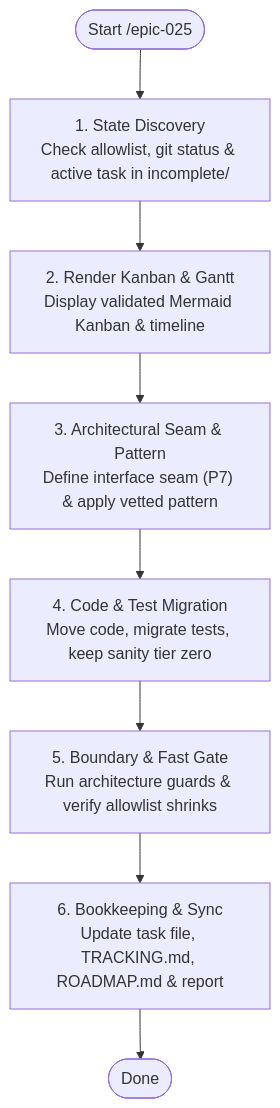
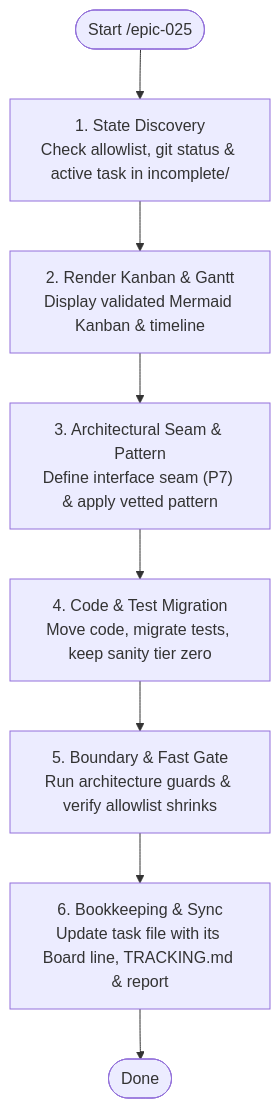
One commit to anhembedded/Sagittarius_Elite_Warrior changed the diagram in .claude/skills/epic-025/SKILL.md. Above: the diagram before and after it, drawn with Mermaid. The commit also changed other lines of this file and 46 other files, not shown here.

````diff
--- a/.claude/skills/epic-025/SKILL.md
+++ b/.claude/skills/epic-025/SKILL.md
@@ -14,10 +14,10 @@
 ```mermaid
 flowchart TD
     Start(["Start /epic-025"]) --> State["1. State Discovery<br/>Check allowlist, git status & active task in incomplete/"]
     State --> Board["2. Render Kanban & Gantt<br/>Display validated Mermaid Kanban & timeline"]
     Board --> Seam["3. Architectural Seam & Pattern<br/>Define interface seam (P7) & apply vetted pattern"]
     Seam --> Migrate["4. Code & Test Migration<br/>Move code, migrate tests, keep sanity tier zero"]
     Migrate --> Gate["5. Boundary & Fast Gate<br/>Run architecture guards & verify allowlist shrinks"]
-    Gate --> Sync["6. Bookkeeping & Sync<br/>Update task file, TRACKING.md, ROADMAP.md & report"]
+    Gate --> Sync["6. Bookkeeping & Sync<br/>Update task file with its Board line, TRACKING.md & report"]
     Sync --> Done(["Done"])
 ```
````
